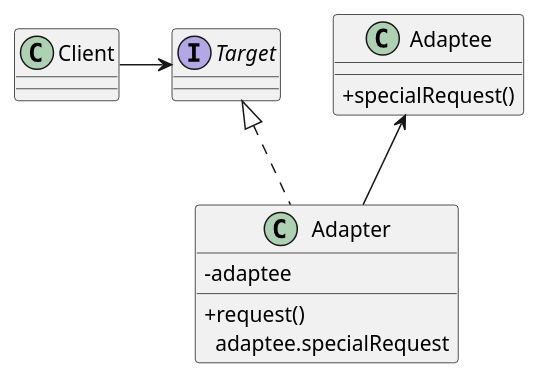
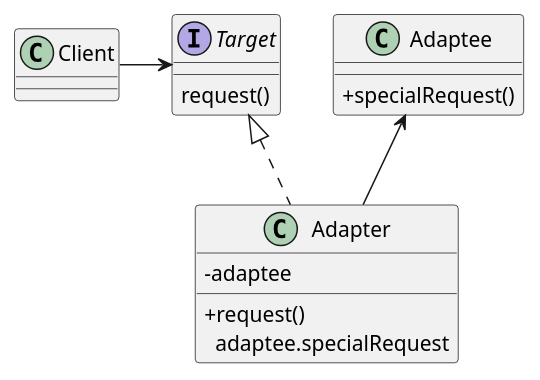
One commit to awamwang/develop-knowledge-graphic changed the diagram in docs/编程基础/设计模式/02结构型/07适配者模式.pu. Above: the diagram before and after it, drawn with PlantUML. The commit also changed 28 other files, not shown here.

```diff
--- a/docs/编程基础/设计模式/02结构型/07适配者模式.pu
+++ b/docs/编程基础/设计模式/02结构型/07适配者模式.pu
@@ -1,18 +1,17 @@
 @startuml 适配者模式
 skinparam classAttributeIconSize 0
 
 interface Target {
-
+  request()
 }
-class Adapter {
+class Adapter implements Target {
   - adaptee
   + request() \n  adaptee.specialRequest
 }
 class Adaptee {
   + specialRequest()
 }
 
 Client -> Target
-Target <|.. Adapter
 Adaptee <-- Adapter
 @enduml
```
